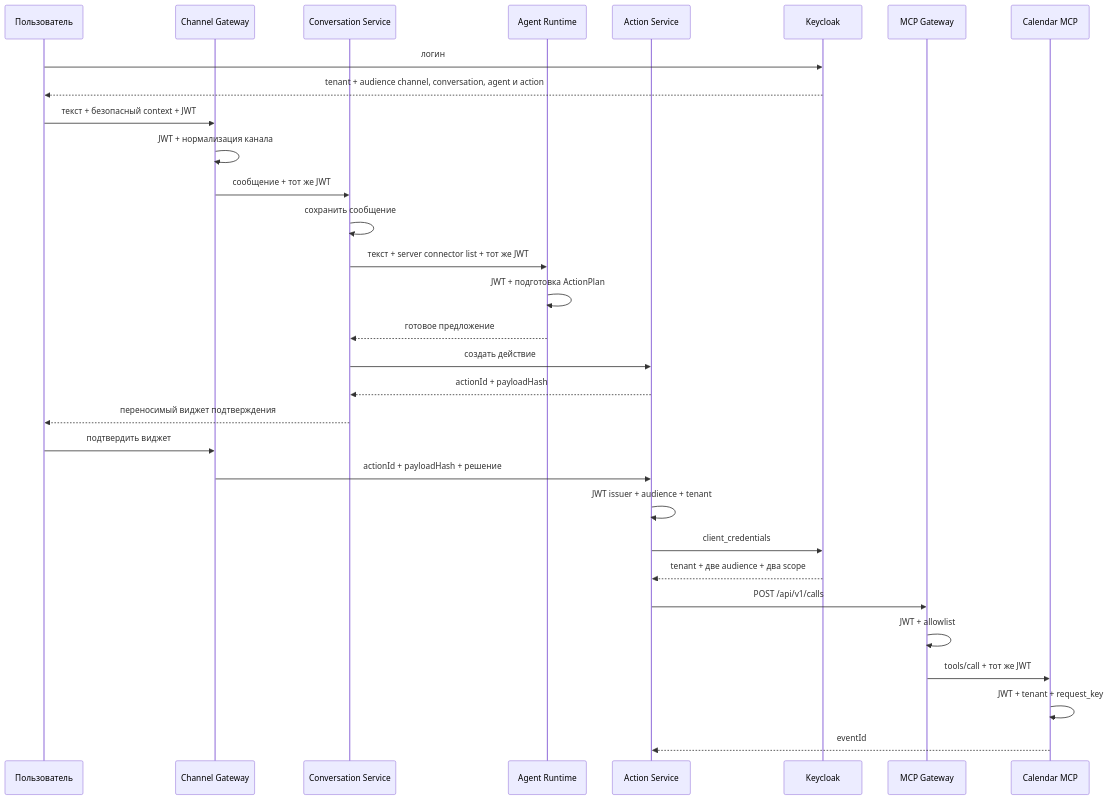
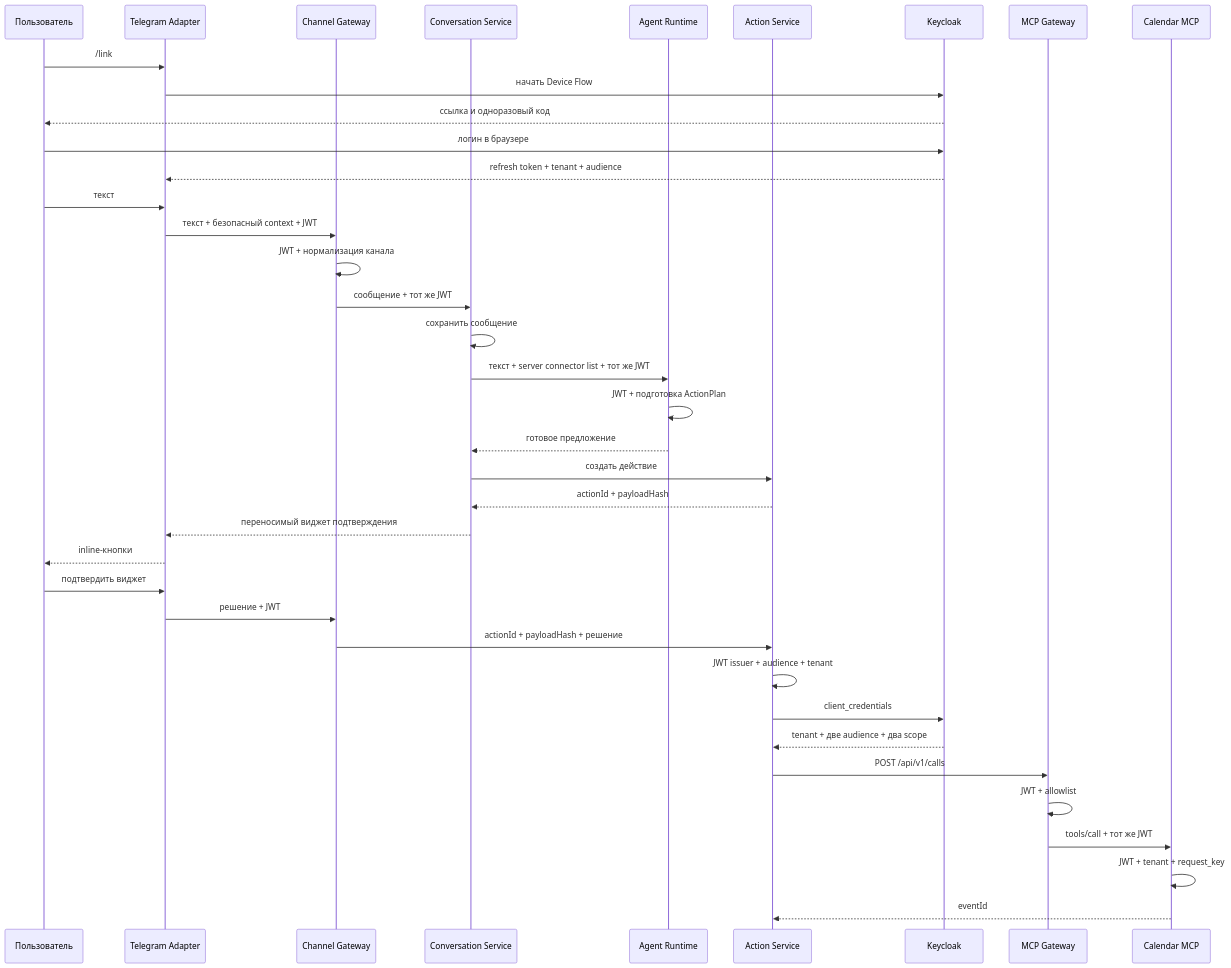
Before and after one commit to portable-agent/deploy: the diagram in docs/architecture.md, drawn with Mermaid. The commit also changed 17 other files, not shown here.

Commit message:
feat: add telegram adapter to local stack

````diff
--- a/docs/architecture.md
+++ b/docs/architecture.md
@@ -30,34 +30,41 @@
 ```mermaid
 sequenceDiagram
     participant User as Пользователь
+    participant Telegram as Telegram Adapter
     participant Channel as Channel Gateway
     participant Conversation as Conversation Service
     participant Agent as Agent Runtime
     participant Action as Action Service
     participant Keycloak
     participant Gateway as MCP Gateway
     participant Calendar as Calendar MCP
 
-    User->>Keycloak: логин
-    Keycloak-->>User: tenant + audience channel, conversation, agent и action
-    User->>Channel: текст + безопасный context + JWT
+    User->>Telegram: /link
+    Telegram->>Keycloak: начать Device Flow
+    Keycloak-->>User: ссылка и одноразовый код
+    User->>Keycloak: логин в браузере
+    Keycloak-->>Telegram: refresh token + tenant + audience
+    User->>Telegram: текст
+    Telegram->>Channel: текст + безопасный context + JWT
     Channel->>Channel: JWT + нормализация канала
     Channel->>Conversation: сообщение + тот же JWT
     Conversation->>Conversation: сохранить сообщение
     Conversation->>Agent: текст + server connector list + тот же JWT
     Agent->>Agent: JWT + подготовка ActionPlan
     Agent-->>Conversation: готовое предложение
     Conversation->>Action: создать действие
     Action-->>Conversation: actionId + payloadHash
-    Conversation-->>User: переносимый виджет подтверждения
-    User->>Channel: подтвердить виджет
+    Conversation-->>Telegram: переносимый виджет подтверждения
+    Telegram-->>User: inline-кнопки
+    User->>Telegram: подтвердить виджет
+    Telegram->>Channel: решение + JWT
     Channel->>Action: actionId + payloadHash + решение
     Action->>Action: JWT issuer + audience + tenant
     Action->>Keycloak: client_credentials
     Keycloak-->>Action: tenant + две audience + два scope
     Action->>Gateway: POST /api/v1/calls
     Gateway->>Gateway: JWT + allowlist
     Gateway->>Calendar: tools/call + тот же JWT
     Calendar->>Calendar: JWT + tenant + request_key
     Calendar-->>Action: eventId
 ```
````
